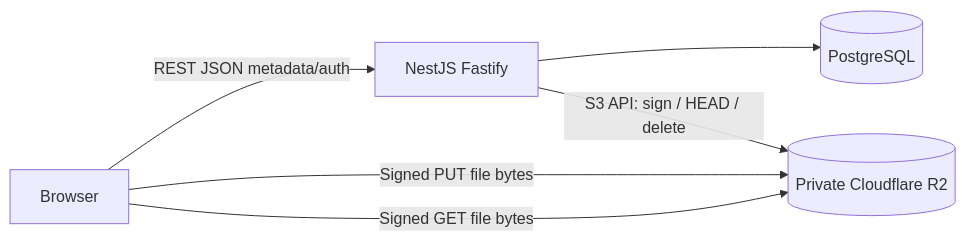
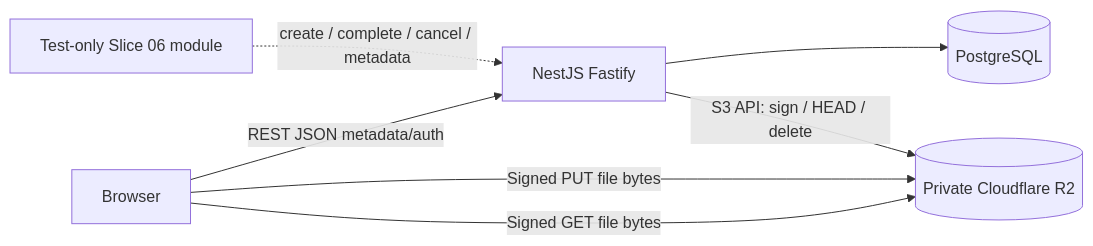
The diagram in docs/implementation/diagrams/runtime-flow.mmd (devekene/dropit), drawn with Mermaid before and after one commit. The commit also changed 41 other files, not shown here.

Commit message:
feat: implement Slice 06 transfer API

```diff
--- a/docs/implementation/diagrams/runtime-flow.mmd
+++ b/docs/implementation/diagrams/runtime-flow.mmd
@@ -1,6 +1,7 @@
 flowchart LR
  Browser -->|REST JSON metadata/auth| API[NestJS Fastify]
  API --> DB[(PostgreSQL)]
  API -->|S3 API: sign / HEAD / delete| R2[(Private Cloudflare R2)]
+ TestHarness[Test-only Slice 06 module] -.->|create / complete / cancel / metadata| API
  Browser -->|Signed PUT file bytes| R2
  Browser -->|Signed GET file bytes| R2
```
